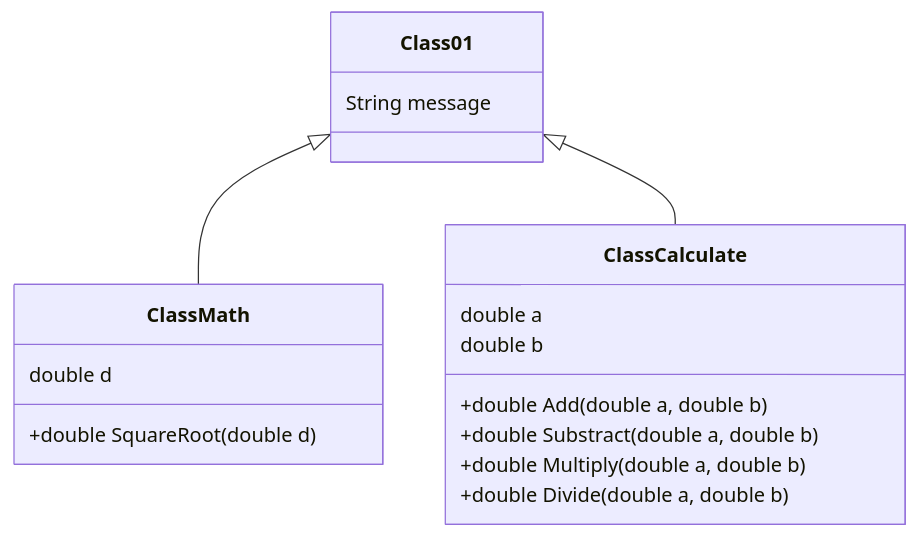
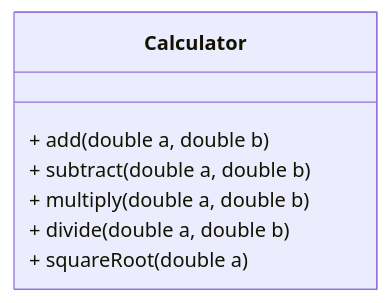
Before and after one commit to Proha223/Calculator: the diagram in README.MD, drawn with Mermaid.

````diff
--- a/README.MD
+++ b/README.MD
@@ -1,17 +1,10 @@
 ```mermaid
 classDiagram
-    Class01 <|-- ClassMath
-    Class01 <|-- ClassCalculate
-
-    ClassMath : +double SquareRoot(double d)
-    ClassMath : double d
-
-    ClassCalculate : +double Add(double a, double b)
-    ClassCalculate : +double Substract(double a, double b)
-    ClassCalculate : +double Multiply(double a, double b)
-    ClassCalculate : +double Divide(double a, double b)
-    ClassCalculate : double a
-    ClassCalculate : double b
-
-    Class01 : String message
+    class Calculator {
+        + add(double a, double b)
+        + subtract(double a, double b)
+        + multiply(double a, double b)
+        + divide(double a, double b)
+        + squareRoot(double a)
+    }
 ```
````
